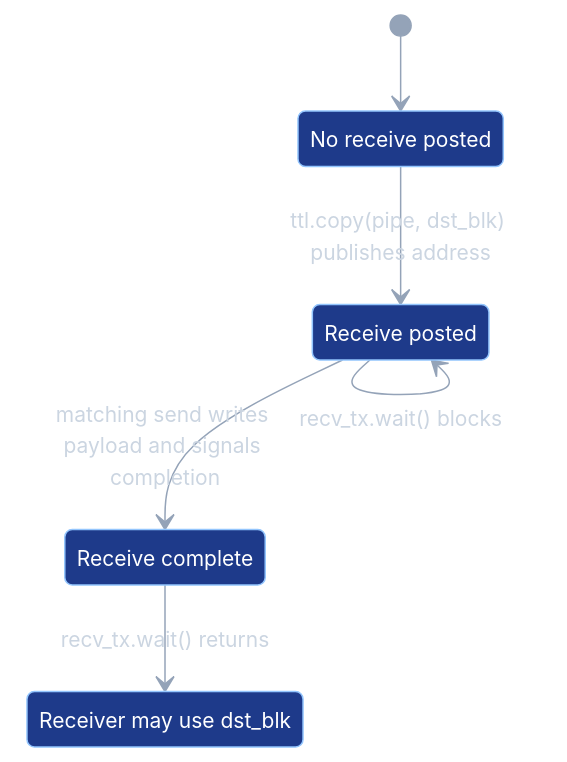
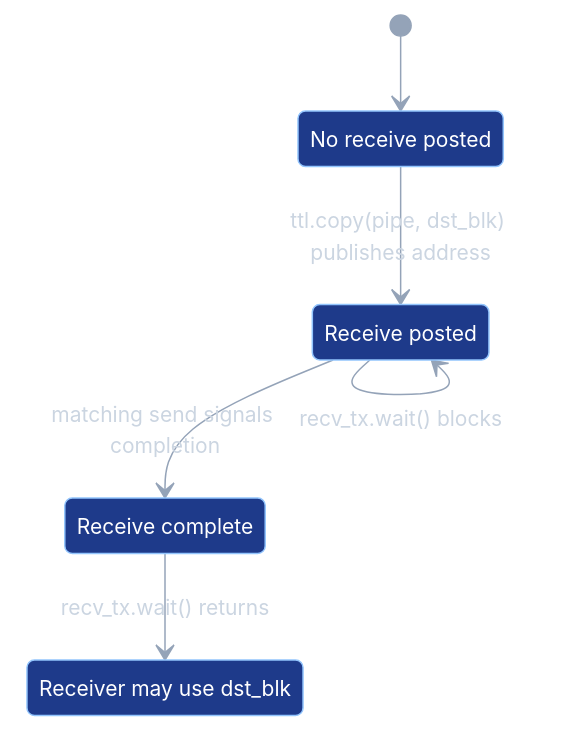
The first of 5 diagrams in docs/development/PipeNets.md (tenstorrent/tt-lang), drawn with Mermaid before and after one commit. The commit also changed other lines of this file, not shown here.

Commit message:
fix mermaid diagram

````diff
--- a/docs/development/PipeNets.md
+++ b/docs/development/PipeNets.md
@@ -89,17 +89,17 @@
 ```mermaid
 %%{init: {"theme": "base", "themeVariables": {"primaryColor": "#1e3a8a", "primaryTextColor": "#ffffff", "primaryBorderColor": "#93c5fd", "lineColor": "#94a3b8", "textColor": "#cbd5e1", "labelTextColor": "#cbd5e1", "edgeLabelBackground": "transparent", "fontSize": "14px"}}}%%
 stateDiagram-v2
     state "No receive posted" as NoReceivePosted
     state "Receive posted" as ReceivePosted
     state "Receive complete" as ReceiveComplete
     state "Receiver may use dst_blk" as ReceiverMayUseBlock
 
     [*] --> NoReceivePosted
     NoReceivePosted --> ReceivePosted: ttl.copy(pipe, dst_blk) publishes address
-    ReceivePosted --> ReceiveComplete: matching send writes payload and signals completion
+    ReceivePosted --> ReceiveComplete: matching send signals completion
     ReceiveComplete --> ReceiverMayUseBlock: recv_tx.wait() returns
     ReceivePosted --> ReceivePosted: recv_tx.wait() blocks
 
     classDef pipeState fill:#1e3a8a,stroke:#93c5fd,color:#ffffff
     class NoReceivePosted,ReceivePosted,ReceiveComplete,ReceiverMayUseBlock pipeState
 ```
````
